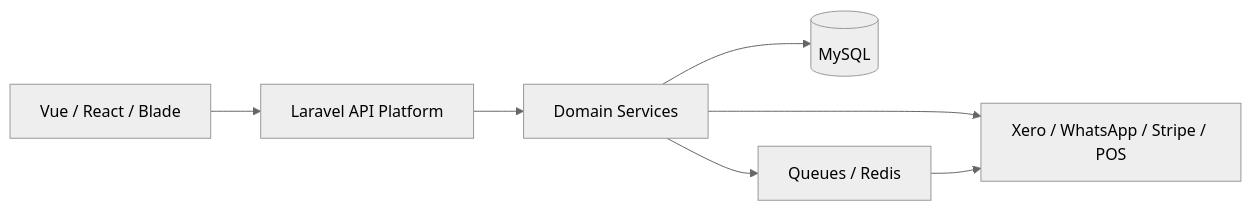
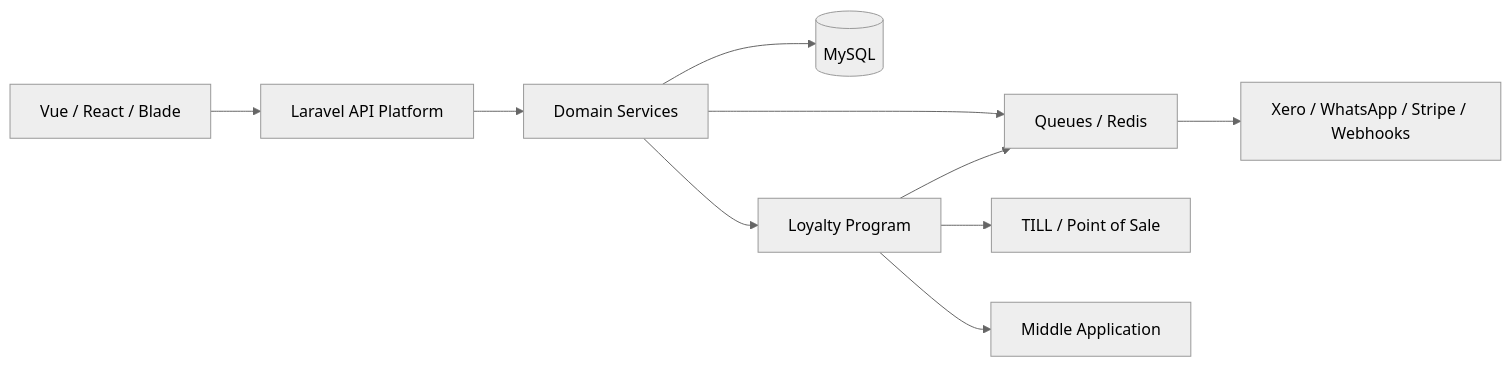
Before and after one commit to anskhanz97/anskhanz97: the diagram in README.md, drawn with Mermaid (neutral theme). The commit also changed other lines of this file, not shown here.

Commit message:
Refine architecture and personal project portfolio

````diff
--- a/README.md
+++ b/README.md
@@ -25,9 +25,12 @@
 ```mermaid
 flowchart LR
     UI[Vue / React / Blade] --> API[Laravel API Platform]
     API --> DOMAIN[Domain Services]
     DOMAIN --> DB[(MySQL)]
     DOMAIN --> JOBS[Queues / Redis]
-    DOMAIN --> EXT[Xero / WhatsApp / Stripe / POS]
-    JOBS --> EXT
+    DOMAIN --> LOYALTY[Loyalty Program]
+    LOYALTY --> TILL[TILL / Point of Sale]
+    LOYALTY --> MIDDLE[Middle Application]
+    JOBS --> EXT[Xero / WhatsApp / Stripe / Webhooks]
+    LOYALTY --> JOBS
 ```
````
